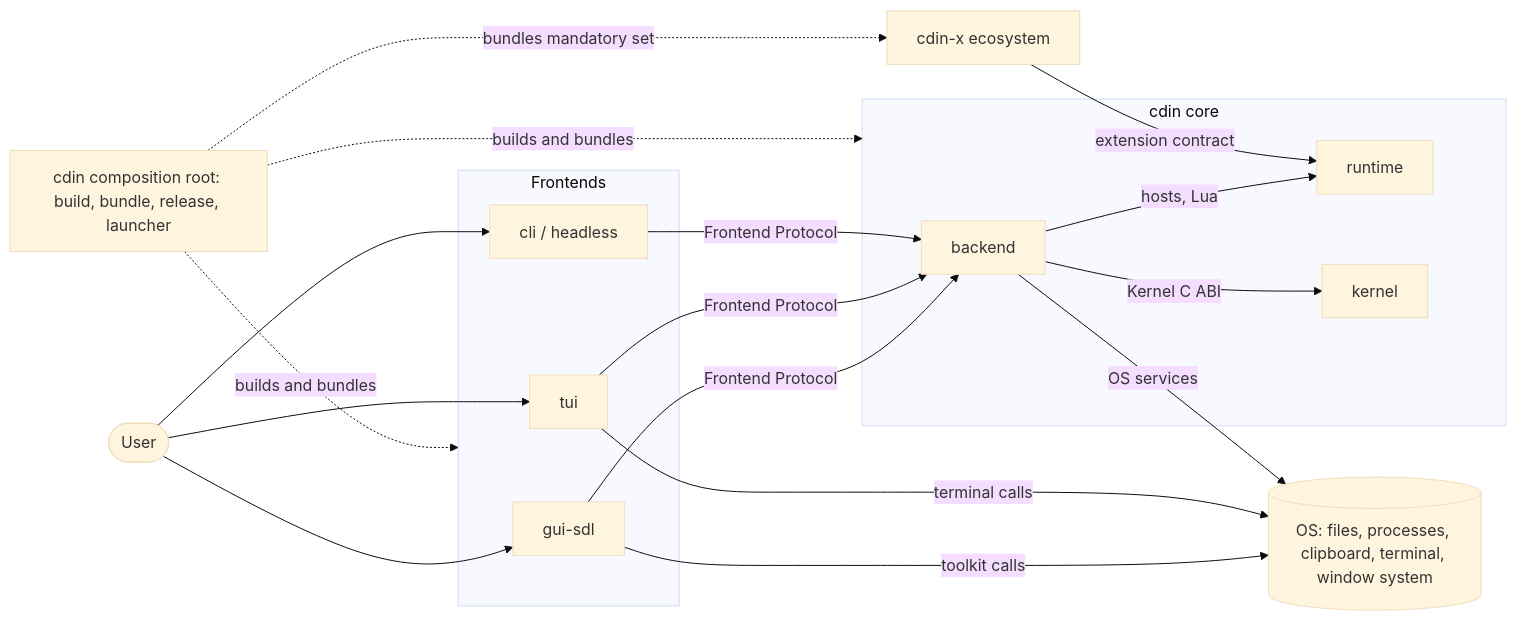
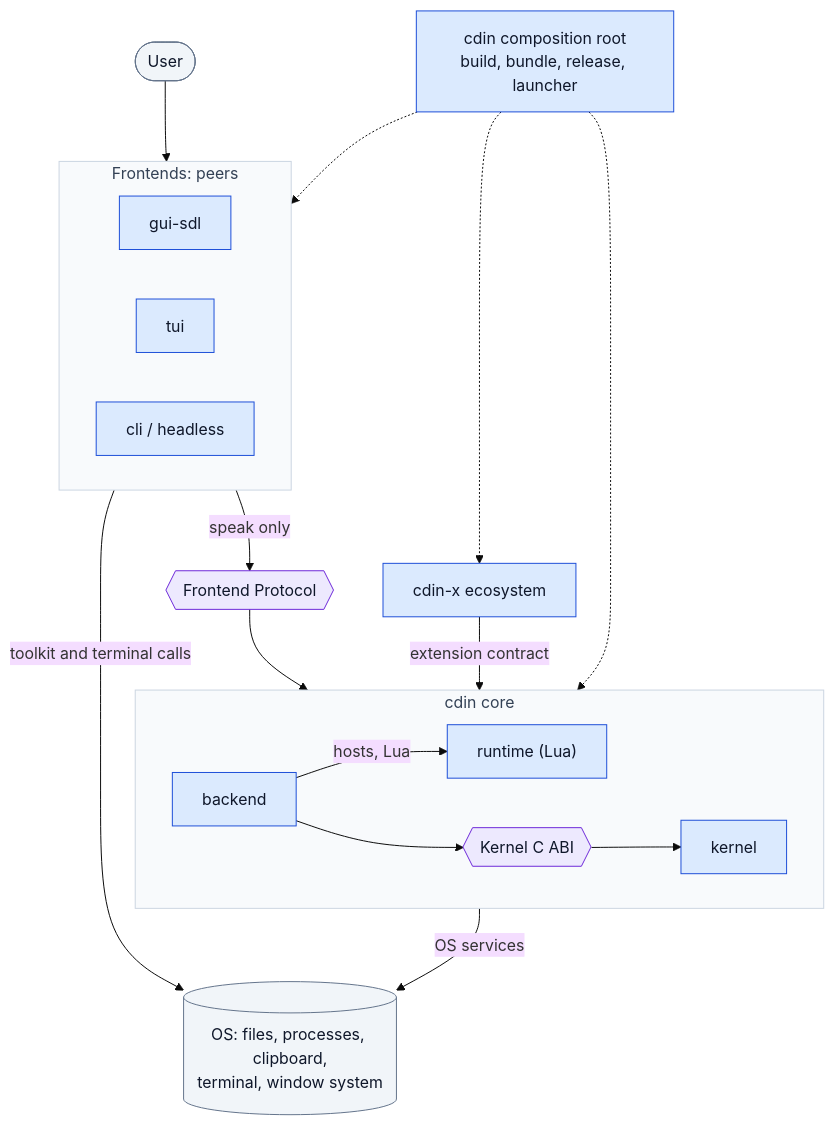
The diagram in docs/architecture/overview.md (cdin-editor/spec), drawn with Mermaid (base theme) before and after one commit. The commit also changed 9 other files, not shown here.

Commit message:
docs(architecture): specify boundaries, ABI, protocol, concurrency, lifecycle and migration

````diff
--- a/docs/architecture/overview.md
+++ b/docs/architecture/overview.md
@@ -25,33 +25,41 @@
 ```mermaid
-flowchart LR
+flowchart TB
     User(["User"])
-    subgraph FEs["Frontends"]
+    subgraph FEs["Frontends: peers"]
+        direction LR
         GUI["gui-sdl"]
         TUI["tui"]
         CLI["cli / headless"]
     end
+    PROTO{{"Frontend Protocol"}}
     subgraph Core["cdin core"]
+        direction LR
         BE["backend"]
-        RT["runtime"]
+        RT["runtime (Lua)"]
+        KABI{{"Kernel C ABI"}}
         K["kernel"]
+        BE -- "hosts, Lua" --> RT
+        BE --> KABI --> K
     end
     X["cdin-x ecosystem"]
-    OS[("OS: files, processes, clipboard, terminal, window system")]
-    Root["cdin composition root: build, bundle, release, launcher"]
+    OS[("OS: files, processes, clipboard,<br/>terminal, window system")]
+    Root["cdin composition root<br/>build, bundle, release, launcher"]
 
-    User --> GUI
-    User --> TUI
-    User --> CLI
-    GUI -- "Frontend Protocol" --> BE
-    TUI -- "Frontend Protocol" --> BE
-    CLI -- "Frontend Protocol" --> BE
-    BE -- "Kernel C ABI" --> K
-    BE -- "hosts, Lua" --> RT
+    User --> FEs
+    FEs -- "speak only" --> PROTO
+    PROTO --> BE
     X -- "extension contract" --> RT
     BE -- "OS services" --> OS
-    GUI -- "toolkit calls" --> OS
-    TUI -- "terminal calls" --> OS
-    Root -. "builds and bundles" .-> Core
-    Root -. "builds and bundles" .-> FEs
-    Root -. "bundles mandatory set" .-> X
+    FEs -- "toolkit and terminal calls" --> OS
+    Root -.-> Core
+    Root -.-> FEs
+    Root -.-> X
+    classDef comp fill:#dbeafe,stroke:#1d4ed8,color:#0f172a
+    classDef contract fill:#ede9fe,stroke:#6d28d9,color:#0f172a
+    classDef ext fill:#f1f5f9,stroke:#64748b,color:#0f172a
+    classDef group fill:#f8fafc,stroke:#cbd5e1,color:#334155
+    class BE,CLI,GUI,K,RT,Root,TUI,X comp
+    class KABI,PROTO contract
+    class OS,User ext
+    class Core,FEs group
 ```
````
